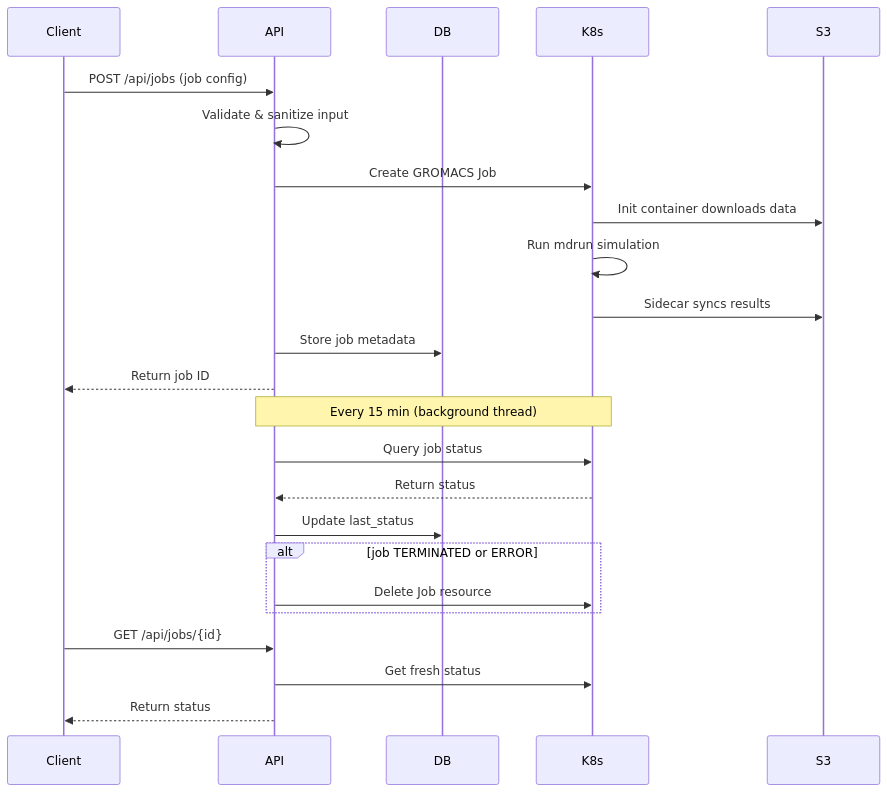
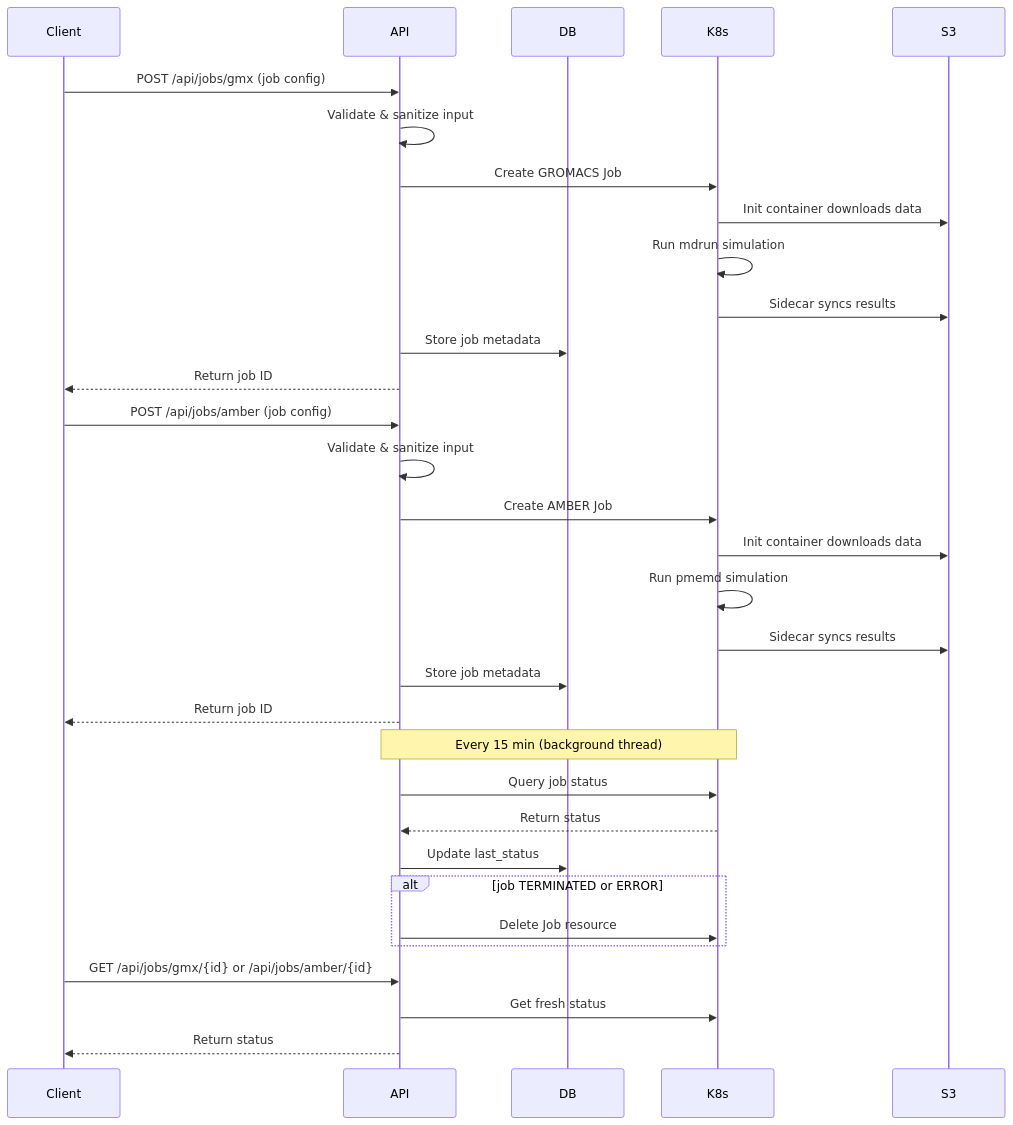
The diagram in mdrun-api/AGENTS.md (CERIT-SC/mddash), drawn with Mermaid before and after one commit. The commit also changed other lines of this file and 5 other files, not shown here.

````diff
--- a/mdrun-api/AGENTS.md
+++ b/mdrun-api/AGENTS.md
@@ -27,29 +28,38 @@
 ```mermaid
 sequenceDiagram
     participant Client
     participant API
     participant DB
     participant K8s
     participant S3
 
-    Client->>API: POST /api/jobs (job config)
+    Client->>API: POST /api/jobs/gmx (job config)
     API->>API: Validate & sanitize input
     API->>K8s: Create GROMACS Job
     K8s->>S3: Init container downloads data
     K8s->>K8s: Run mdrun simulation
+    K8s->>S3: Sidecar syncs results
+    API->>DB: Store job metadata
+    API-->>Client: Return job ID
+
+    Client->>API: POST /api/jobs/amber (job config)
+    API->>API: Validate & sanitize input
+    API->>K8s: Create AMBER Job
+    K8s->>S3: Init container downloads data
+    K8s->>K8s: Run pmemd simulation
     K8s->>S3: Sidecar syncs results
     API->>DB: Store job metadata
     API-->>Client: Return job ID
 
     Note over API,K8s: Every 15 min (background thread)
     API->>K8s: Query job status
     K8s-->>API: Return status
     API->>DB: Update last_status
     alt job TERMINATED or ERROR
         API->>K8s: Delete Job resource
     end
 
-    Client->>API: GET /api/jobs/{id}
+    Client->>API: GET /api/jobs/gmx/{id} or /api/jobs/amber/{id}
     API->>K8s: Get fresh status
     API-->>Client: Return status
 ```
````
